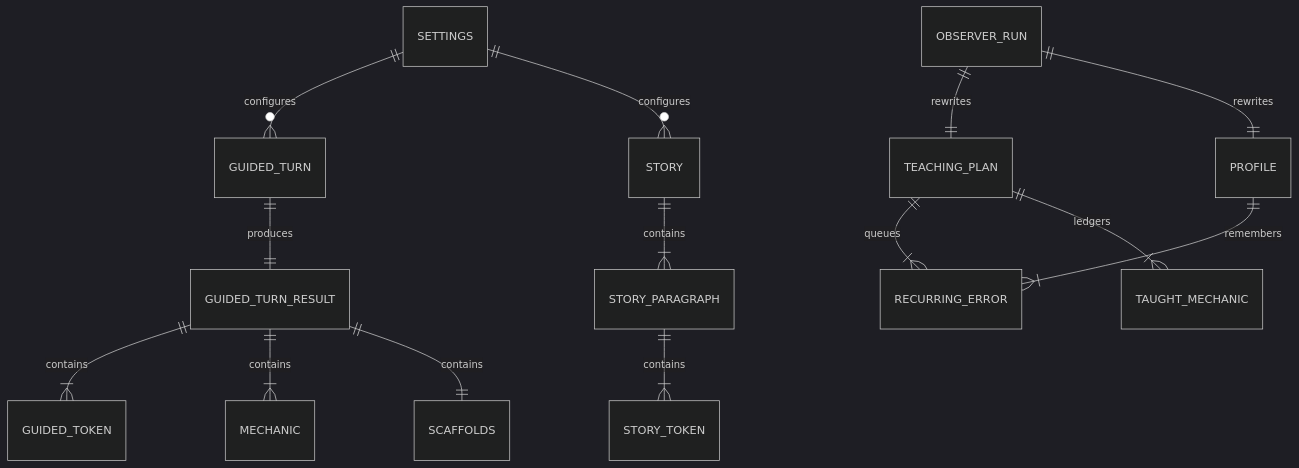
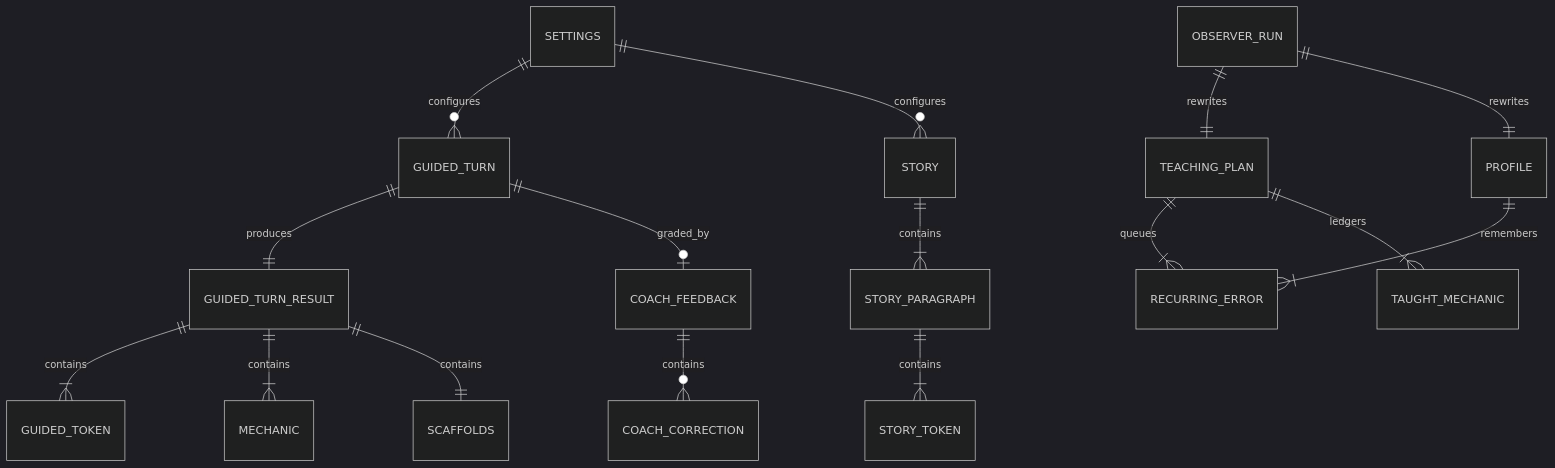
Before and after one commit to jonmatthis/glossa: the diagram in glossa-docs/docs/ontology.md, drawn with Mermaid (dark theme). The commit also changed other lines of this file and 38 other files, not shown here.

````diff
--- a/glossa-docs/docs/ontology.md
+++ b/glossa-docs/docs/ontology.md
@@ -15,16 +16,18 @@
 ```mermaid
 erDiagram
     SETTINGS ||--o{ GUIDED_TURN : configures
     SETTINGS ||--o{ STORY : configures
     GUIDED_TURN ||--|| GUIDED_TURN_RESULT : produces
     GUIDED_TURN_RESULT ||--|{ GUIDED_TOKEN : contains
     GUIDED_TURN_RESULT ||--|{ MECHANIC : contains
     GUIDED_TURN_RESULT ||--|| SCAFFOLDS : contains
+    GUIDED_TURN ||--o| COACH_FEEDBACK : graded_by
+    COACH_FEEDBACK ||--o{ COACH_CORRECTION : contains
     OBSERVER_RUN ||--|| TEACHING_PLAN : rewrites
     OBSERVER_RUN ||--|| PROFILE : rewrites
     TEACHING_PLAN ||--|{ RECURRING_ERROR : queues
     TEACHING_PLAN ||--|{ TAUGHT_MECHANIC : ledgers
     PROFILE ||--|{ RECURRING_ERROR : remembers
     STORY ||--|{ STORY_PARAGRAPH : contains
     STORY_PARAGRAPH ||--|{ STORY_TOKEN : contains
 ```
````
